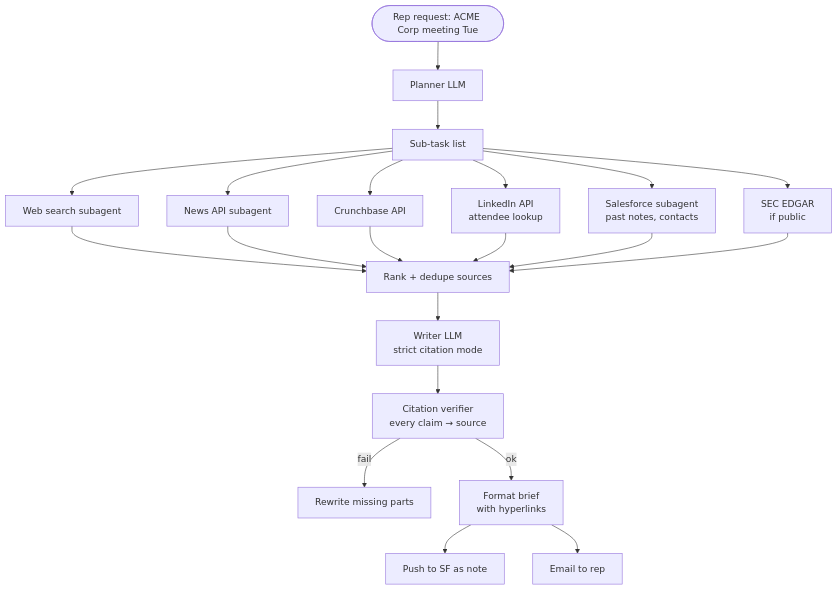
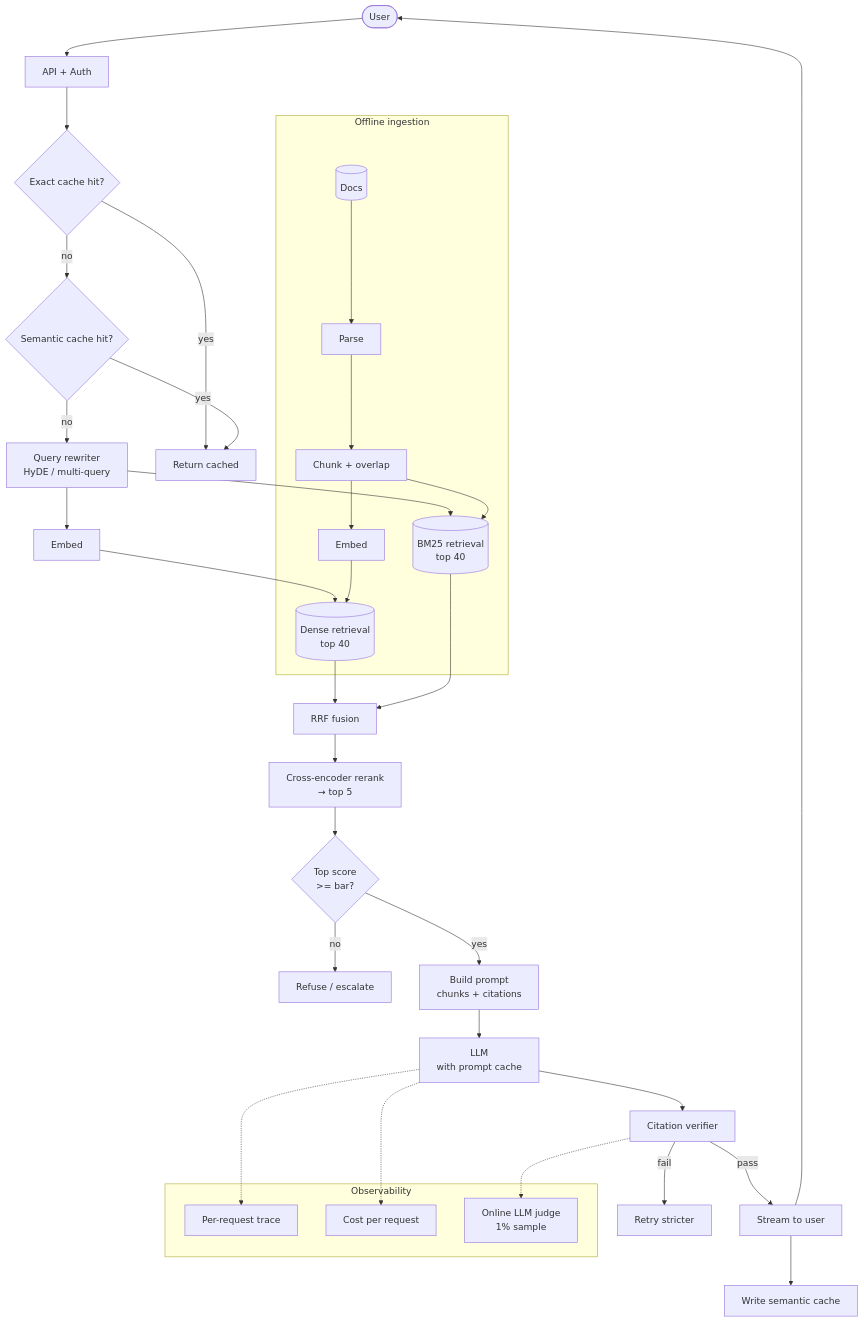
Diagram 13 of 48 in SYSTEM_DESIGN_PREP.md (PranavMotarwar/Urban-Policy-Advisor-LLM), drawn with Mermaid before and after one commit. The commit also changed other lines of this file, not shown here.

````diff
--- a/SYSTEM_DESIGN_PREP.md
+++ b/SYSTEM_DESIGN_PREP.md
@@ -1804,26 +923,42 @@
 ```mermaid
 flowchart TB
-    Req([Rep request: ACME Corp meeting Tue]) --> Planner[Planner LLM]
-    Planner --> Sub[Sub-task list]
+    User([User]) --> API[API + Auth]
+    API --> ExC{Exact cache hit?}
+    ExC -->|yes| ReturnA[Return cached]
+    ExC -->|no| SemC{Semantic cache hit?}
+    SemC -->|yes| ReturnA
+    SemC -->|no| RW[Query rewriter<br/>HyDE / multi-query]
+    RW --> Embed[Embed]
+    Embed --> Dense[(Dense retrieval<br/>top 40)]
+    RW --> BM[(BM25 retrieval<br/>top 40)]
+    Dense --> RRF[RRF fusion]
+    BM --> RRF
+    RRF --> Rerank[Cross-encoder rerank<br/>→ top 5]
+    Rerank --> Thresh{Top score<br/>>= bar?}
+    Thresh -->|no| Abstain[Refuse / escalate]
+    Thresh -->|yes| Build[Build prompt<br/>chunks + citations]
+    Build --> LLM[LLM<br/>with prompt cache]
+    LLM --> Verify[Citation verifier]
+    Verify -->|fail| Regen[Retry stricter]
+    Verify -->|pass| Stream[Stream to user]
+    Stream --> WriteCache[Write semantic cache]
+    Stream --> User
 
-    Sub --> Web[Web search subagent]
-    Sub --> News[News API subagent]
-    Sub --> Crunch[Crunchbase API]
-    Sub --> LI[LinkedIn API<br/>attendee lookup]
-    Sub --> SF[Salesforce subagent<br/>past notes, contacts]
-    Sub --> Earnings[SEC EDGAR<br/>if public]
+    subgraph Ingest[Offline ingestion]
+        Docs[(Docs)] --> Parse[Parse]
+        Parse --> Chunk[Chunk + overlap]
+        Chunk --> EmbedI[Embed]
+        EmbedI --> Dense
+        Chunk --> BM
+    end
 
-    Web --> Rank1[Rank + dedupe sources]
-    News --> Rank1
-    Crunch --> Rank1
-    LI --> Rank1
-    SF --> Rank1
-    Earnings --> Rank1
+    subgraph Obs[Observability]
+        Trace[Per-request trace]
+        Cost[Cost per request]
+        EvalP[Online LLM judge<br/>1% sample]
+    end
 
-    Rank1 --> Writer[Writer LLM<br/>strict citation mode]
-    Writer --> Verify[Citation verifier<br/>every claim → source]
-    Verify -->|fail| Rewrite[Rewrite missing parts]
-    Verify -->|ok| Format[Format brief<br/>with hyperlinks]
-    Format --> SF2[Push to SF as note]
-    Format --> Email[Email to rep]
+    LLM -.-> Trace
+    LLM -.-> Cost
+    Verify -.-> EvalP
 ```
````
